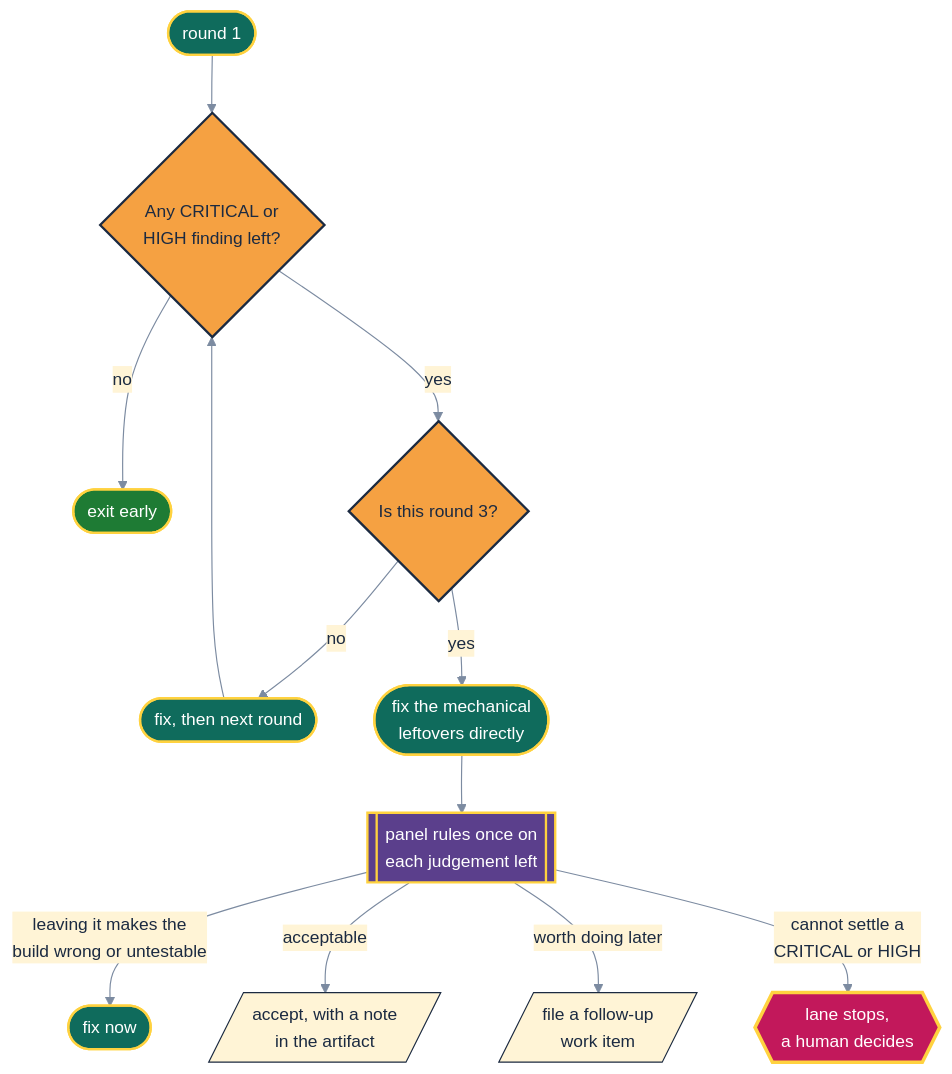
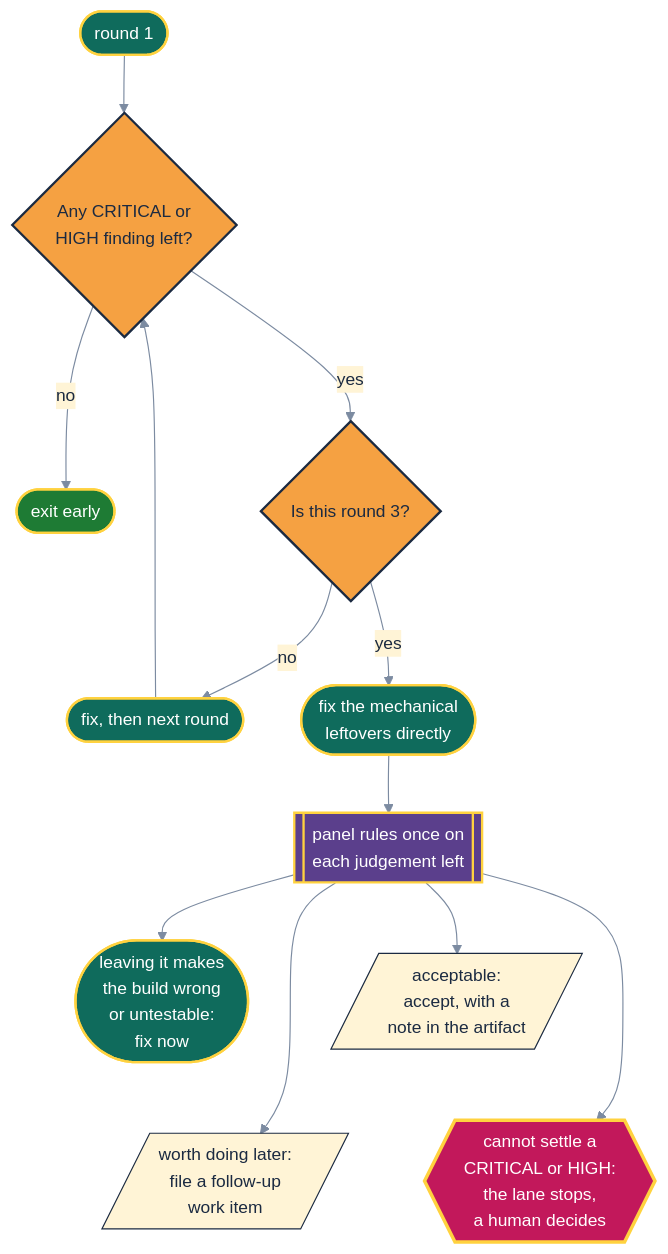
The third of 5 diagrams in docs/lifecycle.md (RubberDuckEngineering/ai-did-it), drawn with Mermaid before and after one commit. The commit also changed other lines of this file and 16 other files, not shown here.

````diff
--- a/docs/lifecycle.md
+++ b/docs/lifecycle.md
@@ -79,20 +78,22 @@
 ```mermaid
-%%{init: {"theme": "base", "themeVariables": {"fontSize": "15px", "primaryColor": "#FFF4D6", "primaryTextColor": "#1B2A41", "primaryBorderColor": "#1B2A41", "textColor": "#1B2A41", "lineColor": "#7C8BA1", "edgeLabelBackground": "#FFF4D6", "clusterBkg": "#1B2A41", "clusterBorder": "#FFD23F", "titleColor": "#FFD23F"}}}%%
+%%{init: {"theme": "base", "themeVariables": {"fontSize": "15px", "primaryColor": "#FFF4D6", "primaryTextColor": "#1B2A41", "primaryBorderColor": "#1B2A41", "textColor": "#1B2A41", "lineColor": "#7C8BA1", "edgeLabelBackground": "#FFF4D6", "clusterBkg": "#1B2A41", "clusterBorder": "#FFD23F", "titleColor": "#FFD23F"}, "flowchart": {"diagramPadding": 8}}}%%
 flowchart TB
     START(["round 1"]):::link --> F{"Any CRITICAL or<br/>HIGH finding left?"}:::gate
     F -->|"no"| EXIT(["exit early"]):::ok
     F -->|"yes"| CAP{"Is this round 3?"}:::gate
     CAP -->|"no"| FIX(["fix, then next round"]):::link --> F
     CAP -->|"yes"| MECH(["fix the mechanical<br/>leftovers directly"]):::link
     MECH --> PANEL[["panel rules once on<br/>each judgement left"]]:::panel
-    PANEL -->|"leaving it makes the<br/>build wrong or untestable"| NOW(["fix now"]):::link
-    PANEL -->|"acceptable"| NOTE[/"accept, with a note<br/>in the artifact"/]:::note
-    PANEL -->|"worth doing later"| ITEM[/"file a follow-up<br/>work item"/]:::note
-    PANEL -->|"cannot settle a<br/>CRITICAL or HIGH"| HUMAN{{"lane stops,<br/>a human decides"}}:::human
+    PANEL --> NOW(["leaving it makes<br/>the build wrong<br/>or untestable:<br/>fix now"]):::link
+    PANEL --> NOTE[/"acceptable:<br/>accept, with a<br/>note in the artifact"/]:::note
+    PANEL --> ITEM[/"worth doing later:<br/>file a follow-up<br/>work item"/]:::note
+    PANEL --> HUMAN{{"cannot settle a<br/>CRITICAL or HIGH:<br/>the lane stops,<br/>a human decides"}}:::human
+    NOW ~~~ ITEM
+    NOTE ~~~ HUMAN
     classDef link fill:#0F6B5C,color:#FFFFFF,stroke:#FFD23F,stroke-width:2px
     classDef gate fill:#F5A142,color:#1B2A41,stroke:#1B2A41,stroke-width:2px
     classDef human fill:#C2185B,color:#FFFFFF,stroke:#FFD23F,stroke-width:3px
     classDef panel fill:#5B3F8C,color:#FFFFFF,stroke:#FFD23F,stroke-width:2px
     classDef ok fill:#1E7B34,color:#FFFFFF,stroke:#FFD23F,stroke-width:2px
     classDef note fill:#FFF4D6,color:#1B2A41,stroke:#1B2A41,stroke-width:1px
 ```
````
